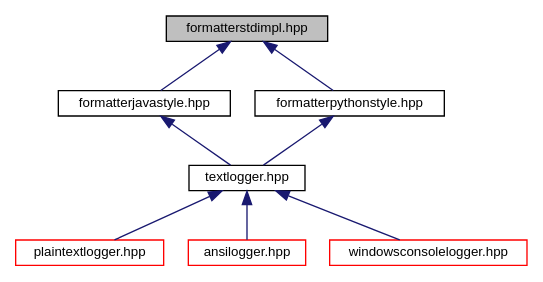
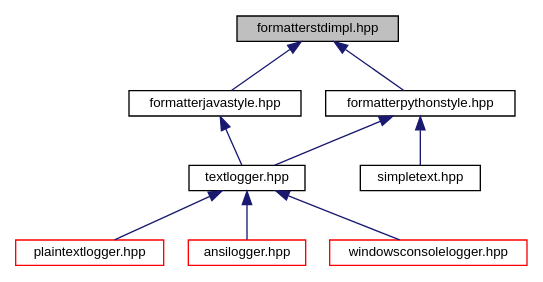
The diagram in cpp_ref/formatterstdimpl_8hpp__dep__incl.dot.corrected.dot (AlexWorx/ALox-Logging-Library), drawn with Graphviz before and after one commit. The commit also changed 4170 other files, not shown here.

```diff
--- a/cpp_ref/formatterstdimpl_8hpp__dep__incl.dot.corrected.dot
+++ b/cpp_ref/formatterstdimpl_8hpp__dep__incl.dot.corrected.dot
@@ -1,19 +1,21 @@
 digraph "formatterstdimpl.hpp"
 {
   edge [fontname="Helvetica",fontsize="10",labelfontname="Helvetica",labelfontsize="10"];
   node [fontname="Helvetica",fontsize="10",shape=record];
-  Node5 [label="formatterstdimpl.hpp",height=0.2,width=0.4,color="black", fillcolor="grey75", style="filled", fontcolor="black"];
-  Node5 -> Node6 [dir="back",color="midnightblue",fontsize="10",style="solid",fontname="Helvetica"];
-  Node5 -> Node16 [dir="back",color="midnightblue",fontsize="10",style="solid",fontname="Helvetica"];
-  Node6 -> Node7 [dir="back",color="midnightblue",fontsize="10",style="solid",fontname="Helvetica"];
-  Node7 -> Node8 [dir="back",color="midnightblue",fontsize="10",style="solid",fontname="Helvetica"];
-  Node7 -> Node14 [dir="back",color="midnightblue",fontsize="10",style="solid",fontname="Helvetica"];
-  Node7 -> Node15 [dir="back",color="midnightblue",fontsize="10",style="solid",fontname="Helvetica"];
-  Node16 -> Node7 [dir="back",color="midnightblue",fontsize="10",style="solid",fontname="Helvetica"];
-  Node6 [label="formatterjavastyle.hpp",height=0.2,width=0.4,color="black", fillcolor="white", style="filled",URL="$formatterjavastyle_8hpp.html"];
-  Node7 [label="textlogger.hpp",height=0.2,width=0.4,color="black", fillcolor="white", style="filled",URL="$textlogger_8hpp.html"];
-  Node8 [label="plaintextlogger.hpp",height=0.2,width=0.4,color="red", fillcolor="white", style="filled",URL="$plaintextlogger_8hpp.html"];
-  Node14 [label="ansilogger.hpp",height=0.2,width=0.4,color="red", fillcolor="white", style="filled",URL="$ansilogger_8hpp.html"];
-  Node15 [label="windowsconsolelogger.hpp",height=0.2,width=0.4,color="red", fillcolor="white", style="filled",URL="$windowsconsolelogger_8hpp.html"];
-  Node16 [label="formatterpythonstyle.hpp",height=0.2,width=0.4,color="black", fillcolor="white", style="filled",URL="$formatterpythonstyle_8hpp.html"];
+  Node49 [label="formatterstdimpl.hpp",height=0.2,width=0.4,color="black", fillcolor="grey75", style="filled", fontcolor="black"];
+  Node49 -> Node50 [dir="back",color="midnightblue",fontsize="10",style="solid",fontname="Helvetica"];
+  Node49 -> Node60 [dir="back",color="midnightblue",fontsize="10",style="solid",fontname="Helvetica"];
+  Node50 -> Node51 [dir="back",color="midnightblue",fontsize="10",style="solid",fontname="Helvetica"];
+  Node51 -> Node52 [dir="back",color="midnightblue",fontsize="10",style="solid",fontname="Helvetica"];
+  Node51 -> Node58 [dir="back",color="midnightblue",fontsize="10",style="solid",fontname="Helvetica"];
+  Node51 -> Node59 [dir="back",color="midnightblue",fontsize="10",style="solid",fontname="Helvetica"];
+  Node60 -> Node51 [dir="back",color="midnightblue",fontsize="10",style="solid",fontname="Helvetica"];
+  Node60 -> Node61 [dir="back",color="midnightblue",fontsize="10",style="solid",fontname="Helvetica"];
+  Node50 [label="formatterjavastyle.hpp",height=0.2,width=0.4,color="black", fillcolor="white", style="filled",URL="$formatterjavastyle_8hpp.html"];
+  Node51 [label="textlogger.hpp",height=0.2,width=0.4,color="black", fillcolor="white", style="filled",URL="$textlogger_8hpp.html"];
+  Node52 [label="plaintextlogger.hpp",height=0.2,width=0.4,color="red", fillcolor="white", style="filled",URL="$plaintextlogger_8hpp.html"];
+  Node58 [label="ansilogger.hpp",height=0.2,width=0.4,color="red", fillcolor="white", style="filled",URL="$ansilogger_8hpp.html"];
+  Node59 [label="windowsconsolelogger.hpp",height=0.2,width=0.4,color="red", fillcolor="white", style="filled",URL="$windowsconsolelogger_8hpp.html"];
+  Node60 [label="formatterpythonstyle.hpp",height=0.2,width=0.4,color="black", fillcolor="white", style="filled",URL="$formatterpythonstyle_8hpp.html"];
+  Node61 [label="simpletext.hpp",height=0.2,width=0.4,color="black", fillcolor="white", style="filled",URL="$simpletext_8hpp.html"];
 }
```
